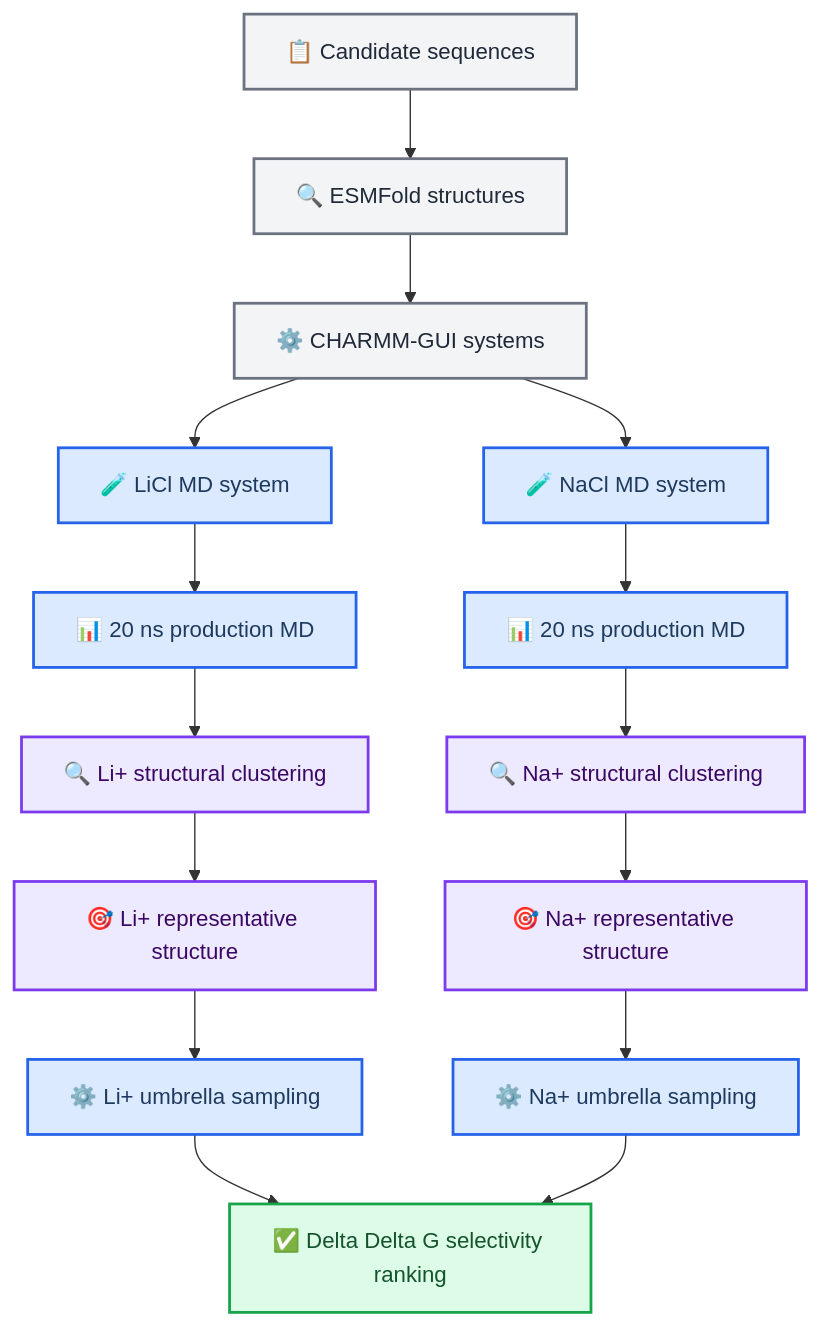
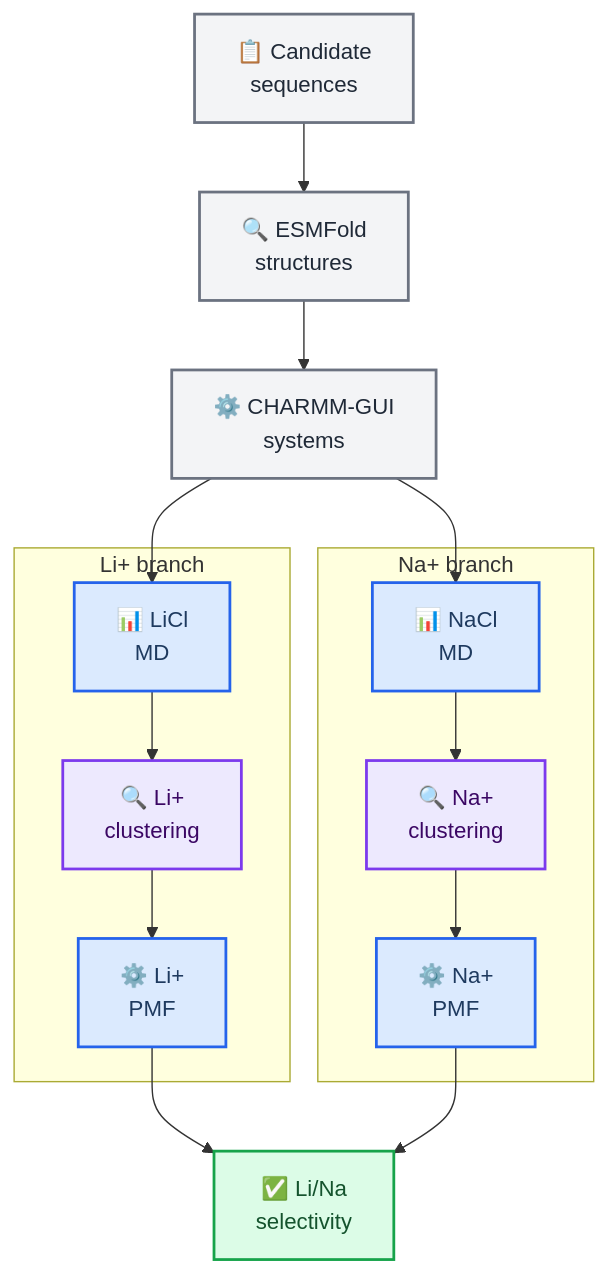
Before and after one commit to jackyissocute/LiSPER: the third of 5 diagrams in README.md, drawn with Mermaid. The commit also changed other lines of this file and 64 other files, not shown here.

````diff
--- a/README.md
+++ b/README.md
@@ -135,30 +153,42 @@
 ```mermaid
 flowchart TD
     accTitle: Computational Discovery Pipeline
-    accDescr: The computational workflow moves from candidate sequences through structure prediction, CHARMM-GUI setup, LiCl and NaCl molecular dynamics, clustering, umbrella sampling, and final selectivity ranking.
+    accDescr: The computational workflow keeps LiCl and NaCl systems parallel so the final PMF comparison supports Li over Na selectivity ranking.
 
-    sequences[📋 Candidate sequences] --> esmfold[🔍 ESMFold structures]
-    esmfold --> charmm[⚙️ CHARMM-GUI systems]
-    charmm --> licl[🧪 LiCl MD system]
-    charmm --> nacl[🧪 NaCl MD system]
-    licl --> md_li[📊 20 ns production MD]
-    nacl --> md_na[📊 20 ns production MD]
-    md_li --> cluster_li[🔍 Li+ structural clustering]
-    md_na --> cluster_na[🔍 Na+ structural clustering]
-    cluster_li --> rep_li[🎯 Li+ representative structure]
-    cluster_na --> rep_na[🎯 Na+ representative structure]
-    rep_li --> pmf_li[⚙️ Li+ umbrella sampling]
-    rep_na --> pmf_na[⚙️ Na+ umbrella sampling]
-    pmf_li --> ranking[✅ Delta Delta G selectivity ranking]
-    pmf_na --> ranking
+    sequences["📋 Candidate<br/>sequences"]
+    structures["🔍 ESMFold<br/>structures"]
+    systems["⚙️ CHARMM-GUI<br/>systems"]
+
+    subgraph li_branch["Li+ branch"]
+        li_md["📊 LiCl<br/>MD"]
+        li_cluster["🔍 Li+<br/>clustering"]
+        li_pmf["⚙️ Li+<br/>PMF"]
+    end
+
+    subgraph na_branch["Na+ branch"]
+        na_md["📊 NaCl<br/>MD"]
+        na_cluster["🔍 Na+<br/>clustering"]
+        na_pmf["⚙️ Na+<br/>PMF"]
+    end
+
+    ranking["✅ Li/Na<br/>selectivity"]
+
+    sequences --> structures
+    structures --> systems
+    systems --> li_md
+    systems --> na_md
+    li_md --> li_cluster --> li_pmf
+    na_md --> na_cluster --> na_pmf
+    li_pmf --> ranking
+    na_pmf --> ranking
 
     classDef input fill:#f3f4f6,stroke:#6b7280,stroke-width:2px,color:#1f2937
     classDef simulation fill:#dbeafe,stroke:#2563eb,stroke-width:2px,color:#1e3a5f
     classDef analysis fill:#ede9fe,stroke:#7c3aed,stroke-width:2px,color:#3b0764
     classDef result fill:#dcfce7,stroke:#16a34a,stroke-width:2px,color:#14532d
 
-    class sequences,esmfold,charmm input
-    class licl,nacl,md_li,md_na,pmf_li,pmf_na simulation
-    class cluster_li,cluster_na,rep_li,rep_na analysis
+    class sequences,structures,systems input
+    class li_md,na_md,li_pmf,na_pmf simulation
+    class li_cluster,na_cluster analysis
     class ranking result
 ```
````
